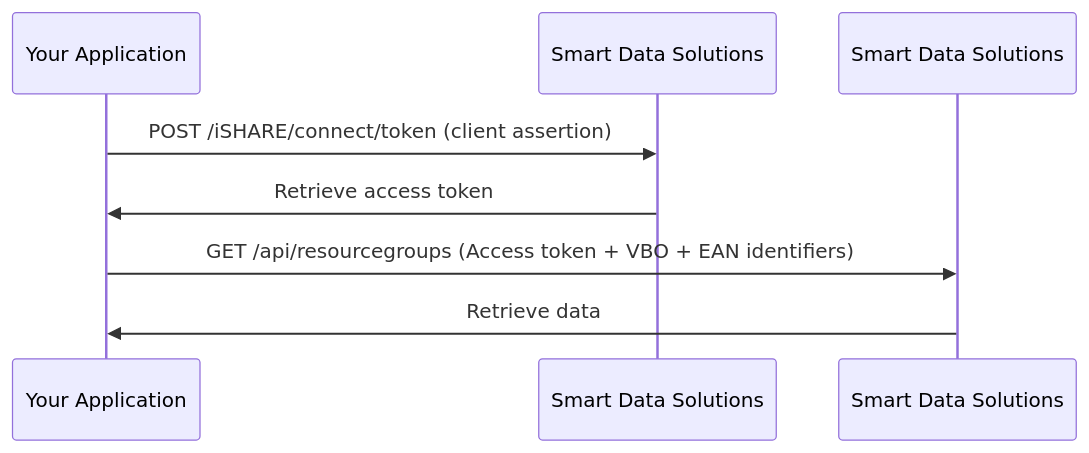
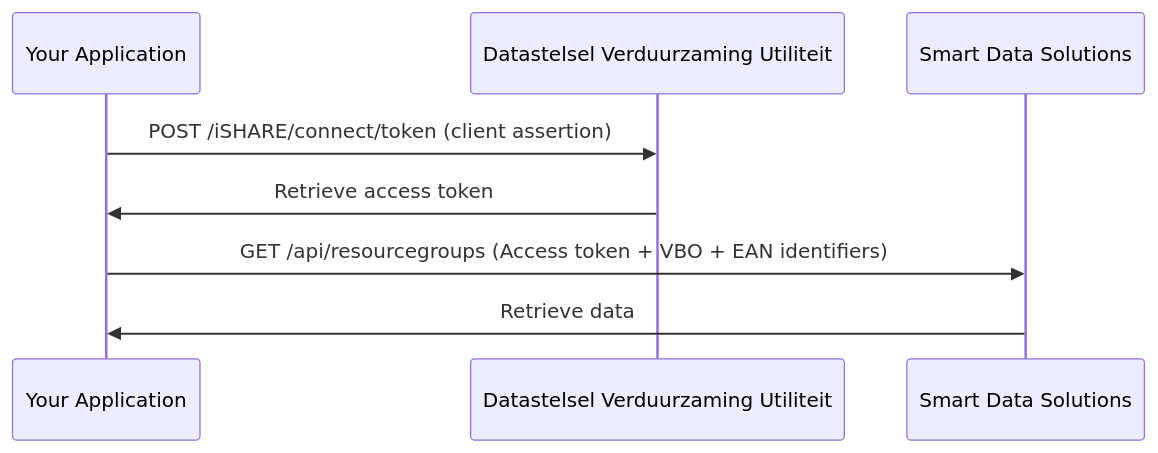
Before and after one commit to POORT8/Poort8.Docs: the diagram in dvu/sds-data-retrieval.md, drawn with Mermaid. The commit also changed 2 other files, not shown here.

Commit message:
Deploy dvu docs: 12056439eda641e2006032e6ea4fc22c1d83a7b4

````diff
--- a/dvu/sds-data-retrieval.md
+++ b/dvu/sds-data-retrieval.md
@@ -11,10 +11,10 @@
 ```mermaid
 sequenceDiagram
     participant App as Your Application
-    participant DVU as Smart Data Solutions
+    participant DVU as Datastelsel Verduurzaming Utiliteit
     participant SDS as Smart Data Solutions
     App->>DVU: POST /iSHARE/connect/token (client assertion)
     DVU->>App: Retrieve access token
     App->>SDS: GET /api/resourcegroups (Access token + VBO + EAN identifiers)
     SDS->>App: Retrieve data
 ```
````
